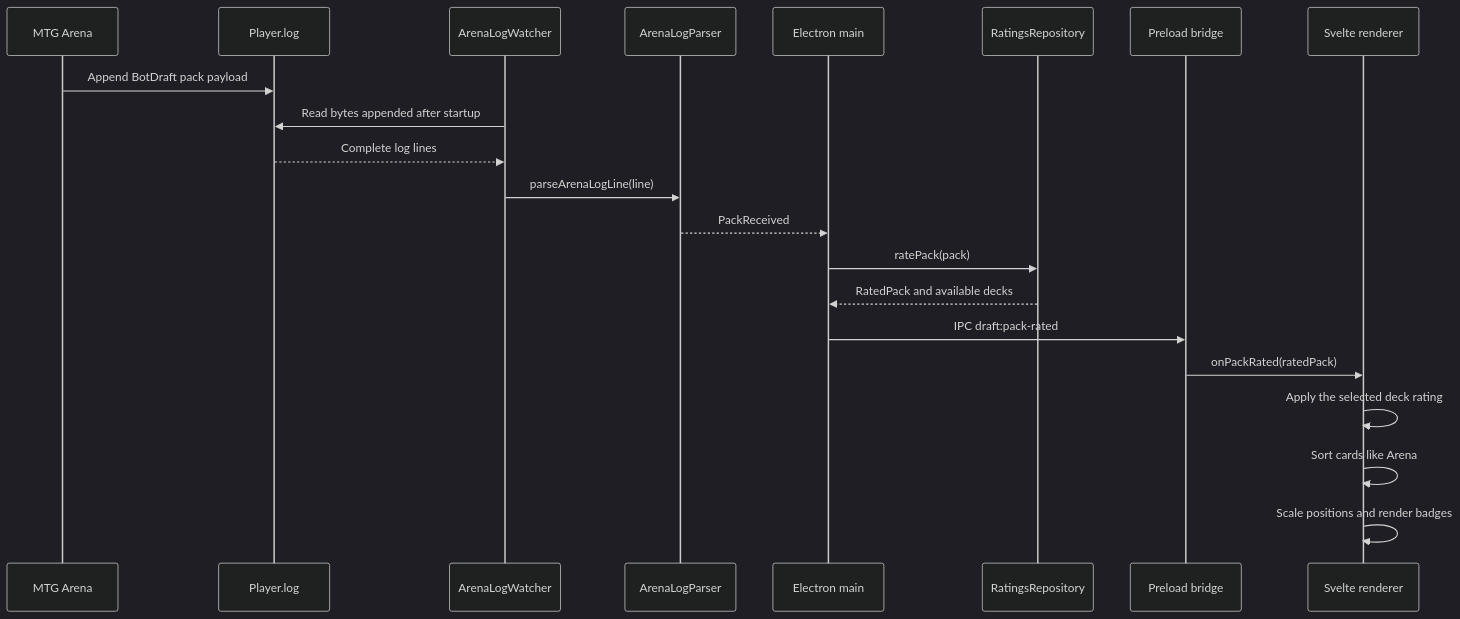
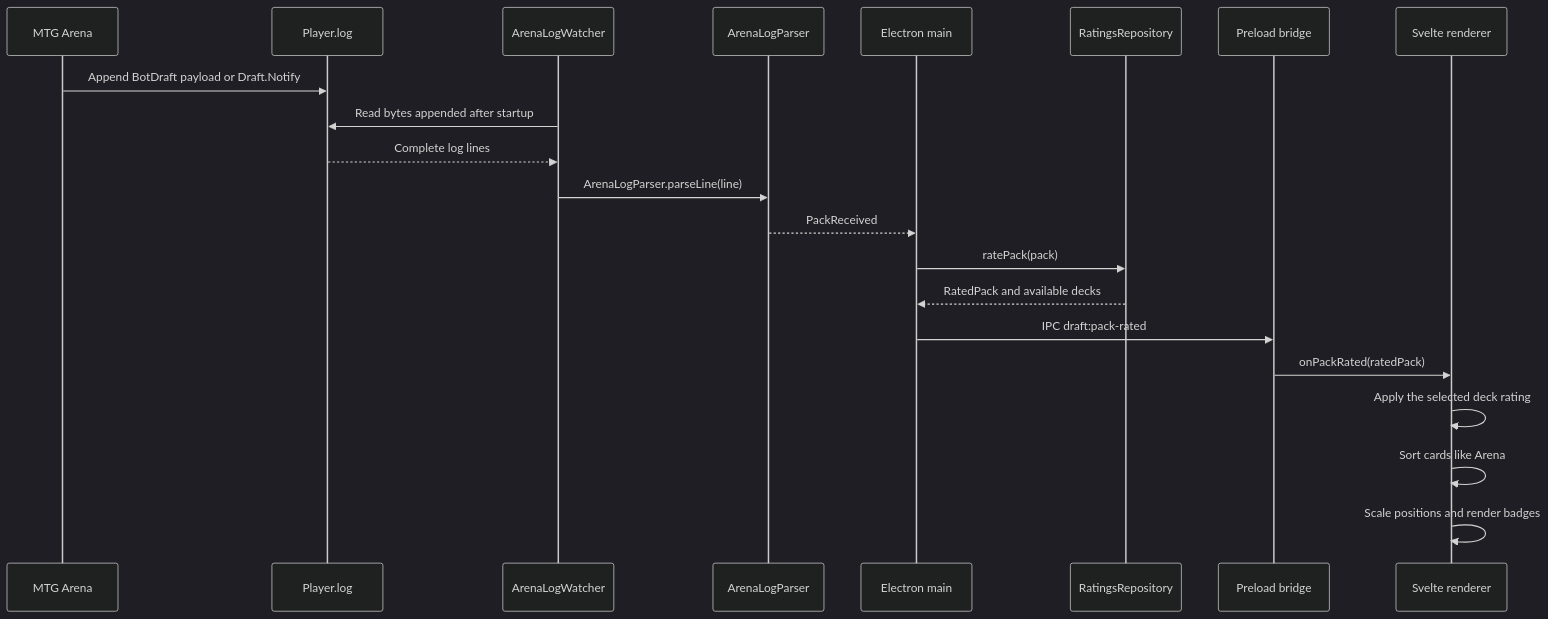
The second of 5 diagrams in docs/architecture.md (ratek-20/17-buddy), drawn with Mermaid (dark theme) before and after one commit. The commit also changed other lines of this file and 7 other files, not shown here.

````diff
--- a/docs/architecture.md
+++ b/docs/architecture.md
@@ -67,24 +67,24 @@
 ```mermaid
 sequenceDiagram
     participant Arena as MTG Arena
     participant Log as Player.log
     participant Watcher as ArenaLogWatcher
     participant Parser as ArenaLogParser
     participant Main as Electron main
     participant Ratings as RatingsRepository
     participant Preload as Preload bridge
     participant UI as Svelte renderer
 
-    Arena->>Log: Append BotDraft pack payload
+    Arena->>Log: Append BotDraft payload or Draft.Notify
     Watcher->>Log: Read bytes appended after startup
     Log-->>Watcher: Complete log lines
-    Watcher->>Parser: parseArenaLogLine(line)
+    Watcher->>Parser: ArenaLogParser.parseLine(line)
     Parser-->>Main: PackReceived
     Main->>Ratings: ratePack(pack)
     Ratings-->>Main: RatedPack and available decks
     Main->>Preload: IPC draft:pack-rated
     Preload->>UI: onPackRated(ratedPack)
     UI->>UI: Apply the selected deck rating
     UI->>UI: Sort cards like Arena
     UI->>UI: Scale positions and render badges
 ```
````
